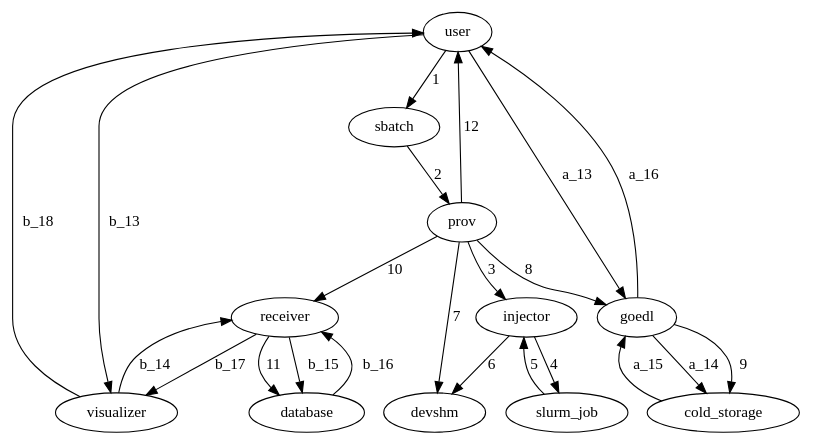
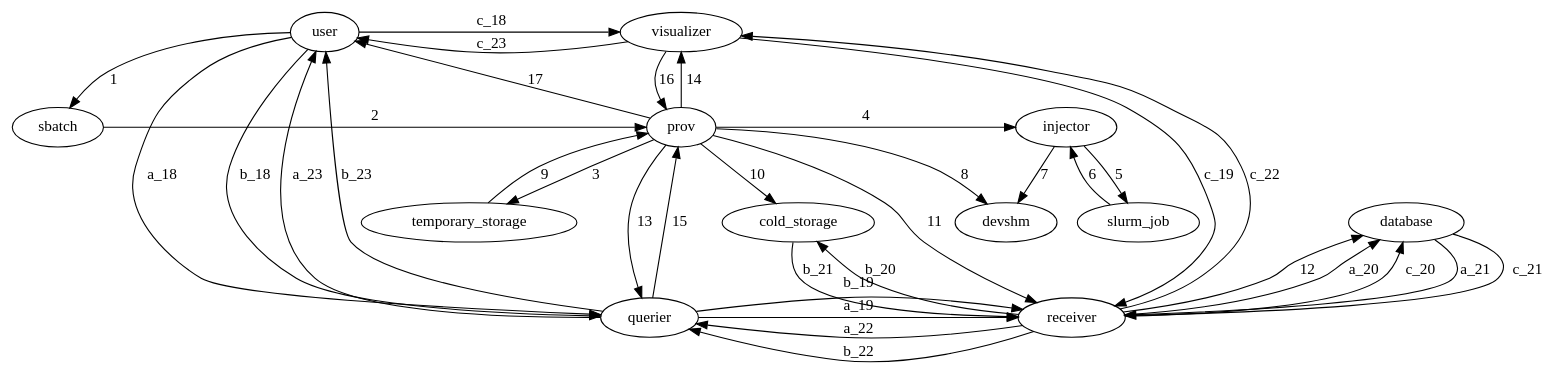
The diagram in model_graphs/component_graph.dot (lquenti/libcprov), drawn with Graphviz before and after one commit. The commit also changed 29 other files, not shown here.

```diff
--- a/model_graphs/component_graph.dot
+++ b/model_graphs/component_graph.dot
@@ -1,25 +1,43 @@
 digraph G {
-
+{ rank=min; user; visualizer;}
+  { rank=same; sbatch; prov; injector; }
+  { rank=same; slurm_job; }
+  { rank=same; temporary_storage; cold_storage; database;}
+  { rank=max; receiver; querier; }
   user -> sbatch  [label="1"];
   sbatch -> prov [label="2"];
-  prov -> injector [label="3"];
-  injector -> slurm_job [label="4"];
-  slurm_job -> injector [label="5"];
-  injector -> devshm [label="6"];
-  prov -> devshm [label="7"];
-  prov -> goedl [label="8"];
-  goedl -> cold_storage [label="a_14"];
-  prov -> receiver [label="10"];
-  receiver -> database [label=" 11"];
-  prov -> user [label="12"];
-  user -> goedl [label="  a_13  "];
-  goedl -> user [label="  a_16"];
-  user -> visualizer [label="  b_13"];
-  goedl -> cold_storage [label="  9"]
-  cold_storage -> goedl [label="  a_15"]
-  visualizer -> receiver [label="b_14"];
-  receiver -> database [label="  b_15"];
-  database -> receiver [label="  b_16"];
-  receiver -> visualizer [label="b_17"];
-  visualizer -> user [label="  b_18"];
+  prov -> temporary_storage [label="3"];
+  prov -> injector [label="4"];
+  injector -> slurm_job [label="5"];
+  slurm_job -> injector [label="6"];
+  injector -> devshm [label="7"];
+  prov -> devshm [label="8"];
+  temporary_storage -> prov [label="9"];
+  prov -> cold_storage [label="10"];
+  prov -> receiver [label="11"];
+  receiver -> database [label=" 12"];
+  prov -> querier [label=" 13"];
+  prov -> visualizer [label=" 14"];
+  querier -> prov [label="15"];
+  visualizer -> prov [label="16"]
+  prov -> user [label="17"];
+  
+  user -> querier [label="  a_18  "];
+  querier -> receiver [label="a_19"];
+  receiver -> database [label="a_20"];
+  database -> receiver [label="a_21"];
+  receiver -> querier [label="a_22"];
+  querier -> user [label="  a_23"];
+  user -> querier [label="  b_18"];
+  querier -> receiver [label="b_19"];
+  receiver -> cold_storage [label="b_20"];
+  cold_storage -> receiver [label="b_21"];
+  receiver -> querier [label="b_22"];
+  querier -> user [label="b_23"];
+    user -> visualizer [label="  c_18"];
+  visualizer -> receiver [label="c_19"];
+  receiver -> database [label="  c_20"];
+  database -> receiver [label="  c_21"];
+  receiver -> visualizer [label="c_22"];
+  visualizer -> user [label="  c_23"];
 }
```
